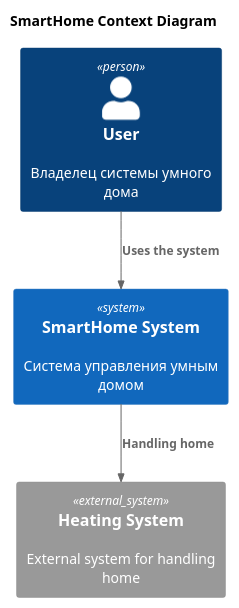
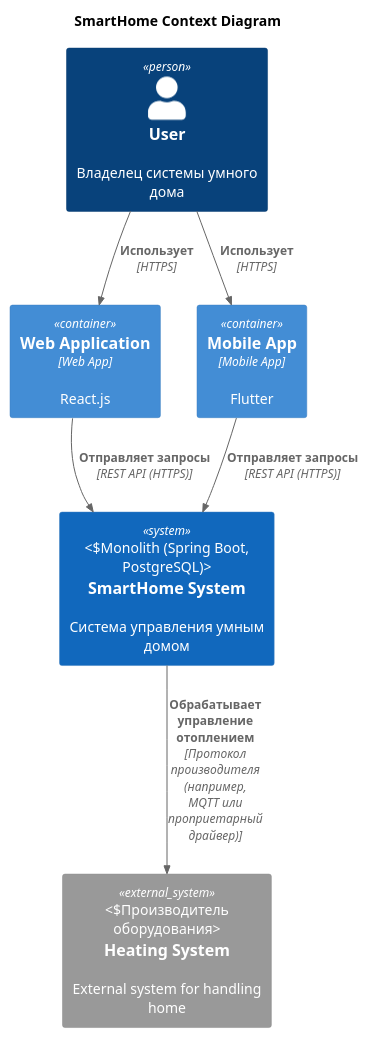
Before and after one commit to vladis62/yandex-asoftware-architect: the diagram in sprint3/homework/smart-home-monolith/diagrams/context/SmartHomeMonolit_Context.puml, drawn with PlantUML. The commit also changed 3 other files, not shown here.

```diff
--- a/sprint3/homework/smart-home-monolith/diagrams/context/SmartHomeMonolit_Context.puml
+++ b/sprint3/homework/smart-home-monolith/diagrams/context/SmartHomeMonolit_Context.puml
@@ -1,16 +1,22 @@
 @startuml
 title SmartHome Context Diagram
 
 top to bottom direction
 
 !includeurl https://raw.githubusercontent.com/RicardoNiepel/C4-PlantUML/master/C4_Component.puml
 
 Person(user, "User", "Владелец системы умного дома")
-System(SmartHomeSystem, "SmartHome System", "Система управления умным домом")
+System(SmartHomeSystem, "SmartHome System", "Система управления умным домом", "Monolith (Spring Boot, PostgreSQL)")
 
-System_Ext(system, "Heating System", "External system for handling home")
+Container(webApp, "Web Application", "Web App", "React.js")
+Container(mobileApp, "Mobile App", "Mobile App", "Flutter")
 
-Rel(user, SmartHomeSystem, "Uses the system")
-Rel(SmartHomeSystem, system, "Handling home")
+System_Ext(heatingSystem, "Heating System", "External system for handling home", "Производитель оборудования")
+
+Rel(user, webApp, "Использует", "HTTPS")
+Rel(user, mobileApp, "Использует", "HTTPS")
+Rel(webApp, SmartHomeSystem, "Отправляет запросы", "REST API (HTTPS)")
+Rel(mobileApp, SmartHomeSystem, "Отправляет запросы", "REST API (HTTPS)")
+Rel(SmartHomeSystem, heatingSystem, "Обрабатывает управление отоплением", "Протокол производителя (например, MQTT или проприетарный драйвер)")
 
 @enduml
```
